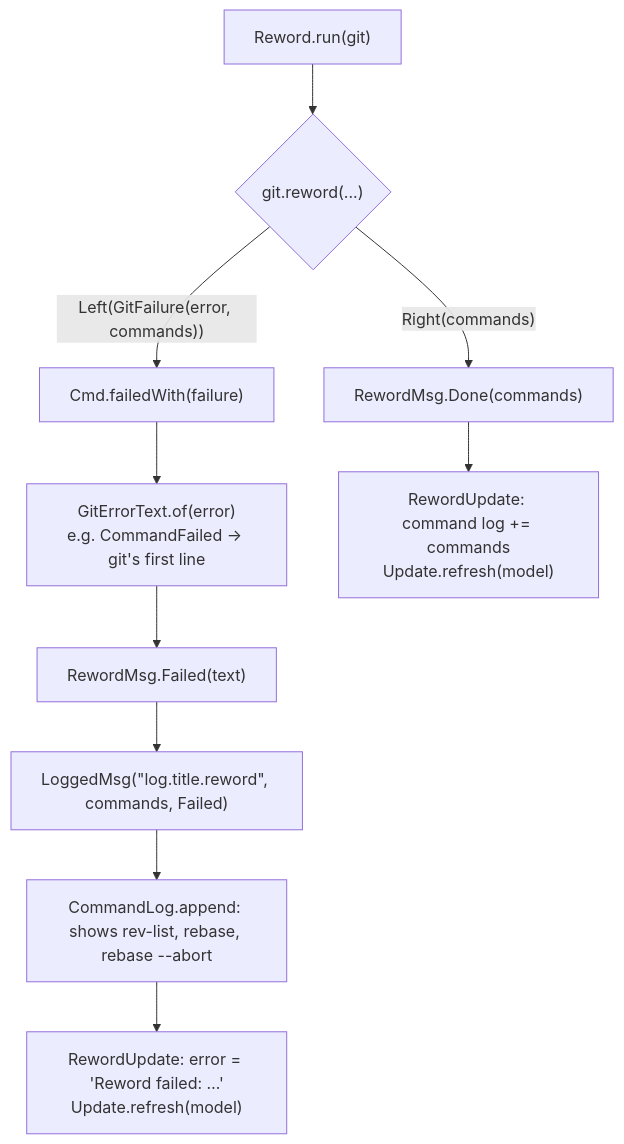
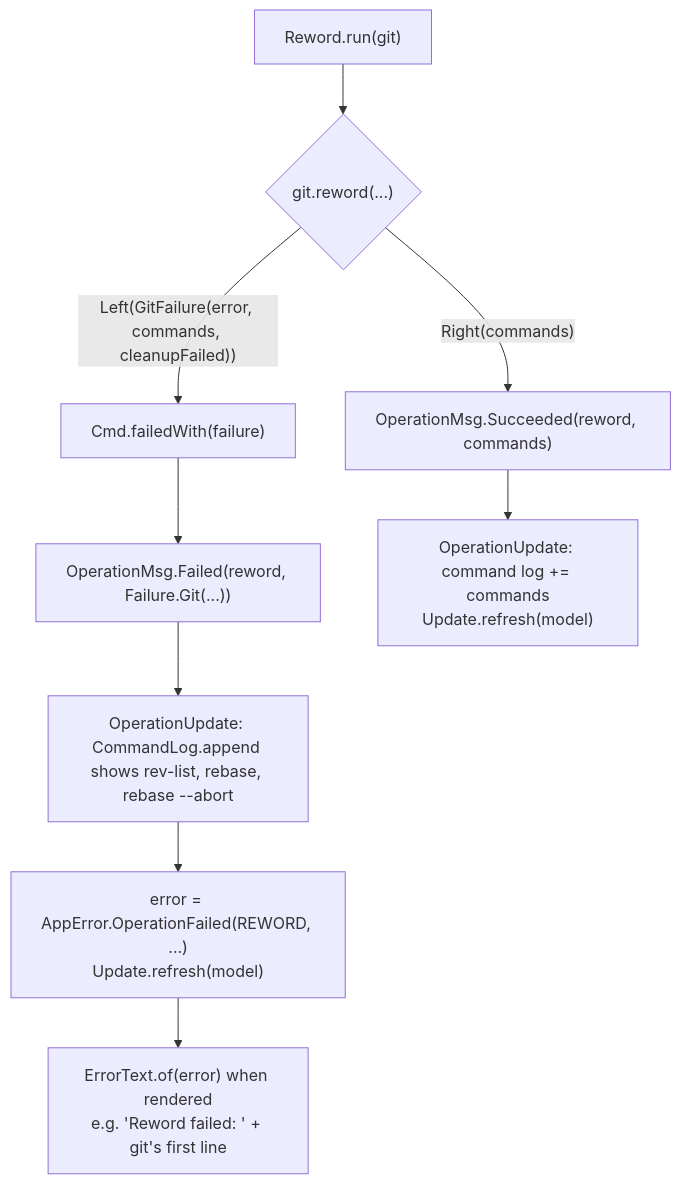
One commit to cvanfleteren/jazygit changed the seventh of 7 diagrams in ARCHITECTURE.md. Above: the diagram before and after it, drawn with Mermaid. The commit also changed other lines of this file and 7 other files, not shown here.

First line of the commit message:
Replace the last nulls and imperative code, update the architecture

````diff
--- a/ARCHITECTURE.md
+++ b/ARCHITECTURE.md
@@ -434,12 +459,11 @@
 ```mermaid
 flowchart TD
     Run["Reword.run(git)"] --> Either{"git.reword(...)"}
-    Either -- "Right(commands)" --> Done["RewordMsg.Done(commands)"]
-    Either -- "Left(GitFailure(error, commands))" --> FailedWith["Cmd.failedWith(failure)"]
-    FailedWith --> Text["GitErrorText.of(error)<br/>e.g. CommandFailed → git's first line"]
-    Text --> Failed["RewordMsg.Failed(text)"]
-    Failed --> Logged["LoggedMsg(&quot;log.title.reword&quot;, commands, Failed)"]
-    Logged --> Log["CommandLog.append: shows rev-list, rebase, rebase --abort"]
-    Log --> Update["RewordUpdate: error = 'Reword failed: …'<br/>Update.refresh(model)"]
-    Done --> UpdateOk["RewordUpdate: command log += commands<br/>Update.refresh(model)"]
+    Either -- "Right(commands)" --> Done["OperationMsg.Succeeded(reword, commands)"]
+    Either -- "Left(GitFailure(error, commands, cleanupFailed))" --> FailedWith["Cmd.failedWith(failure)"]
+    FailedWith --> Failed["OperationMsg.Failed(reword, Failure.Git(...))"]
+    Failed --> Log["OperationUpdate: CommandLog.append shows rev-list, rebase, rebase --abort"]
+    Log --> Update["error = AppError.OperationFailed(REWORD, ...)<br/>Update.refresh(model)"]
+    Update --> Text["ErrorText.of(error) when rendered<br/>e.g. 'Reword failed: ' + git's first line"]
+    Done --> UpdateOk["OperationUpdate: command log += commands<br/>Update.refresh(model)"]
 ```
````
